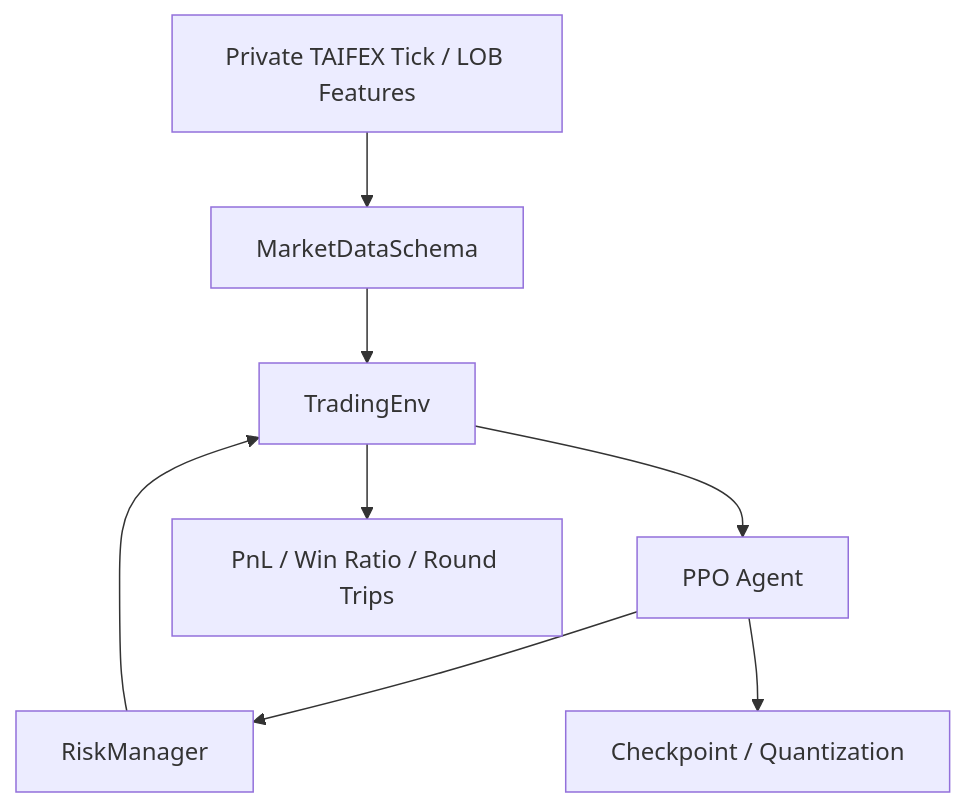
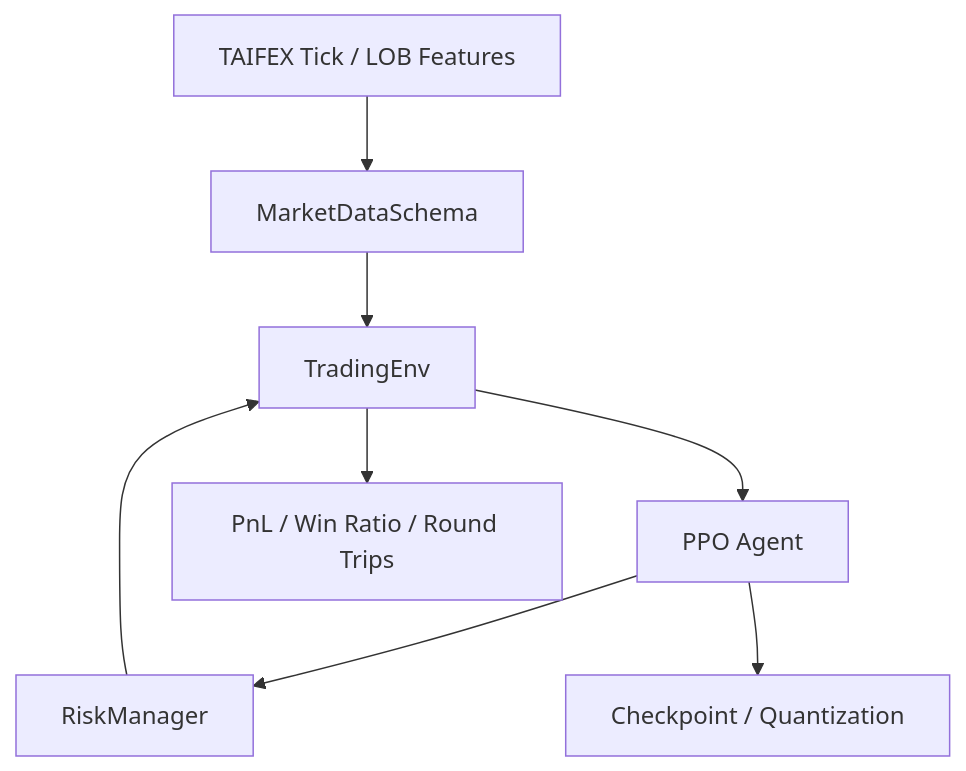
One commit to JUN-666/ppo-trading-strategy changed the diagram in README.md. Above: the diagram before and after it, drawn with Mermaid. The commit also changed other lines of this file, not shown here.

````diff
--- a/README.md
+++ b/README.md
@@ -32,10 +32,10 @@
 ```mermaid
 flowchart TD
-    A["Private TAIFEX Tick / LOB Features"] --> B["MarketDataSchema"]
+    A["TAIFEX Tick / LOB Features"] --> B["MarketDataSchema"]
     B --> C["TradingEnv"]
     C --> D["PPO Agent"]
     D --> E["RiskManager"]
     E --> C
     D --> F["Checkpoint / Quantization"]
     C --> G["PnL / Win Ratio / Round Trips"]
 ```
````
